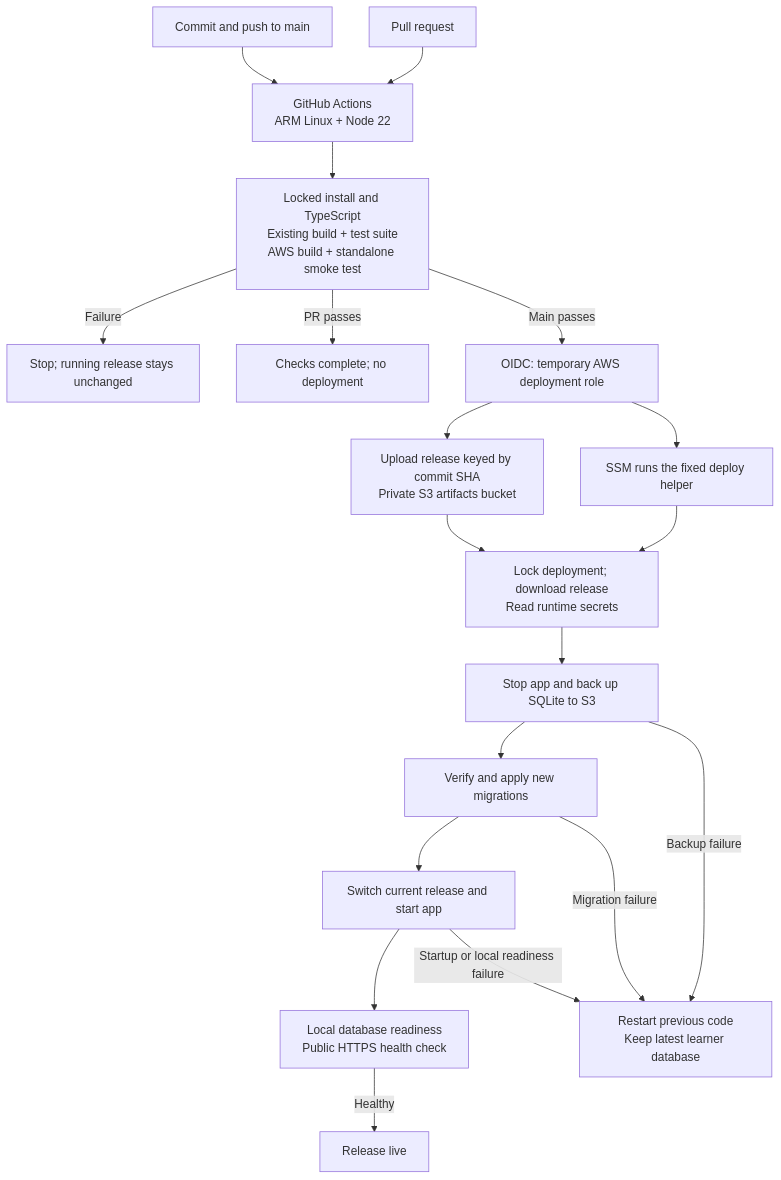
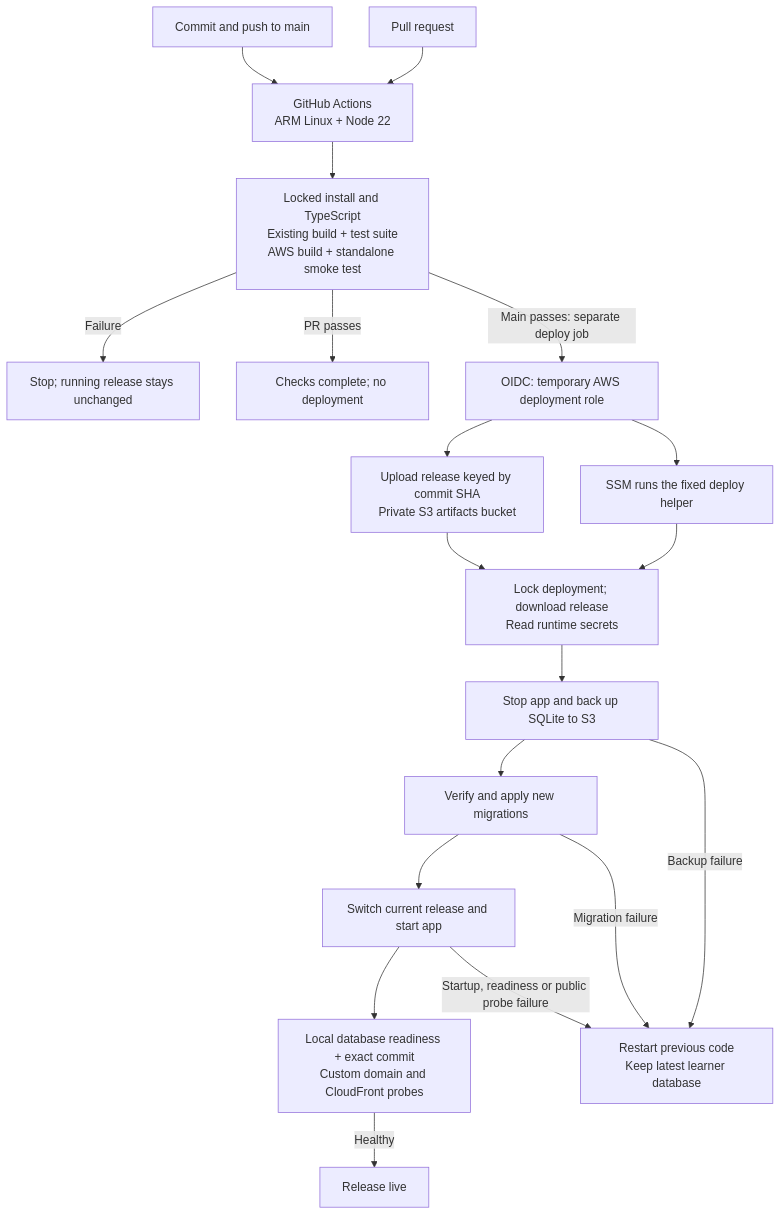
The second of 2 diagrams in docs/AWS_SYSTEM_DESIGN.md (utkarshbaliyan/LearnGerman), drawn with Mermaid before and after one commit. The commit also changed other lines of this file and 14 other files, not shown here.

Commit message:
Verify production commits and roll back failed public health checks

````diff
--- a/docs/AWS_SYSTEM_DESIGN.md
+++ b/docs/AWS_SYSTEM_DESIGN.md
@@ -96,21 +96,21 @@
 ```mermaid
 flowchart TD
   PUSH["Commit and push to main"] --> CI["GitHub Actions<br/>ARM Linux + Node 22"]
   PR["Pull request"] --> CI
   CI --> CHECK["Locked install and TypeScript<br/>Existing build + test suite<br/>AWS build + standalone smoke test"]
   CHECK -->|"Failure"| STOP["Stop; running release stays unchanged"]
   CHECK -->|"PR passes"| REVIEW["Checks complete; no deployment"]
-  CHECK -->|"Main passes"| ROLE["OIDC: temporary AWS deployment role"]
+  CHECK -->|"Main passes: separate deploy job"| ROLE["OIDC: temporary AWS deployment role"]
   ROLE --> S3["Upload release keyed by commit SHA<br/>Private S3 artifacts bucket"]
   ROLE --> SSM["SSM runs the fixed deploy helper"]
   S3 --> DEPLOY["Lock deployment; download release<br/>Read runtime secrets"]
   SSM --> DEPLOY
   DEPLOY --> BACK["Stop app and back up SQLite to S3"]
   BACK --> MIG["Verify and apply new migrations"]
   MIG --> SWITCH["Switch current release and start app"]
-  SWITCH --> HEALTH["Local database readiness<br/>Public HTTPS health check"]
+  SWITCH --> HEALTH["Local database readiness + exact commit<br/>Custom domain and CloudFront probes"]
   HEALTH -->|"Healthy"| LIVE["Release live"]
   BACK -->|"Backup failure"| ROLLBACK["Restart previous code<br/>Keep latest learner database"]
   MIG -->|"Migration failure"| ROLLBACK
-  SWITCH -->|"Startup or local readiness failure"| ROLLBACK
+  SWITCH -->|"Startup, readiness or public probe failure"| ROLLBACK
 ```
````
